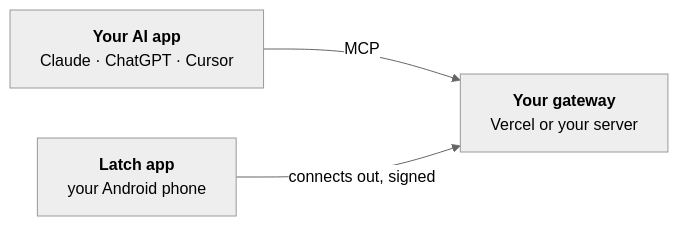
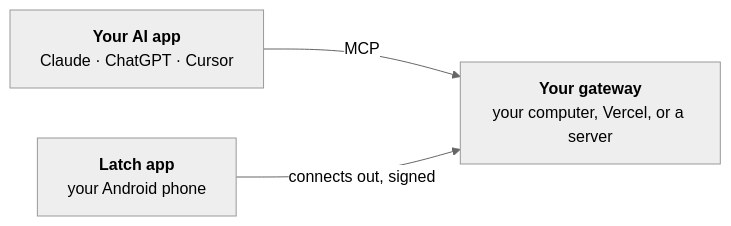
One commit to aspershupadhyay/latch changed the diagram in README.md. Above: the diagram before and after it, drawn with Mermaid (neutral theme). The commit also changed other lines of this file and 18 other files, not shown here.

````diff
--- a/README.md
+++ b/README.md
@@ -31,5 +31,5 @@
 ```mermaid
 flowchart LR
-    AI["<b>Your AI app</b><br/>Claude · ChatGPT · Cursor"] -- "MCP" --> GW["<b>Your gateway</b><br/>Vercel or your server"]
+    AI["<b>Your AI app</b><br/>Claude · ChatGPT · Cursor"] -- "MCP" --> GW["<b>Your gateway</b><br/>your computer, Vercel, or a server"]
     Phone["<b>Latch app</b><br/>your Android phone"] -- "connects out, signed" --> GW
 ```
````
